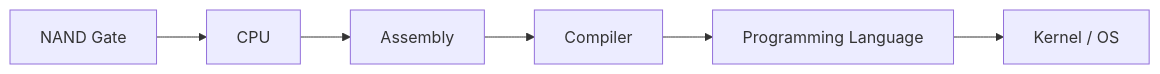
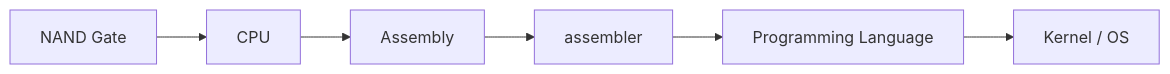
The first of 6 diagrams in src/content/blog/hack-cpu-implementation.md (l0w3/l0w3.github.io), drawn with Mermaid before and after one commit. The commit also changed other lines of this file, not shown here.

````diff
--- a/src/content/blog/hack-cpu-implementation.md
+++ b/src/content/blog/hack-cpu-implementation.md
@@ -24,15 +24,15 @@
 ```mermaid
 flowchart LR
     NAND["NAND Gate"]
     CPU["CPU"]
     ASM["Assembly"]
-    COMP["Compiler"]
+    COMP["assembler"]
     LANG["Programming Language"]
     KERNEL["Kernel / OS"]
 
     NAND --> CPU
     CPU --> ASM
     ASM --> COMP
     COMP --> LANG
     LANG --> KERNEL
 ```
````
